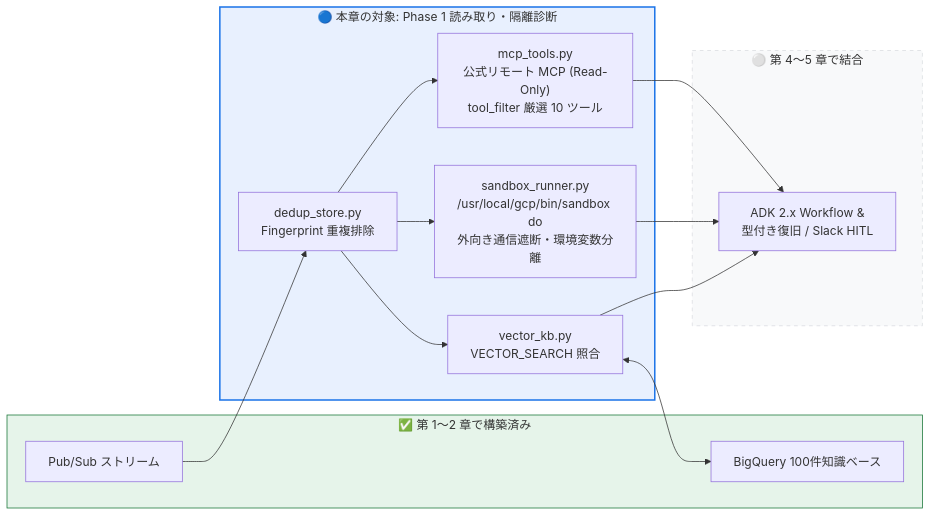
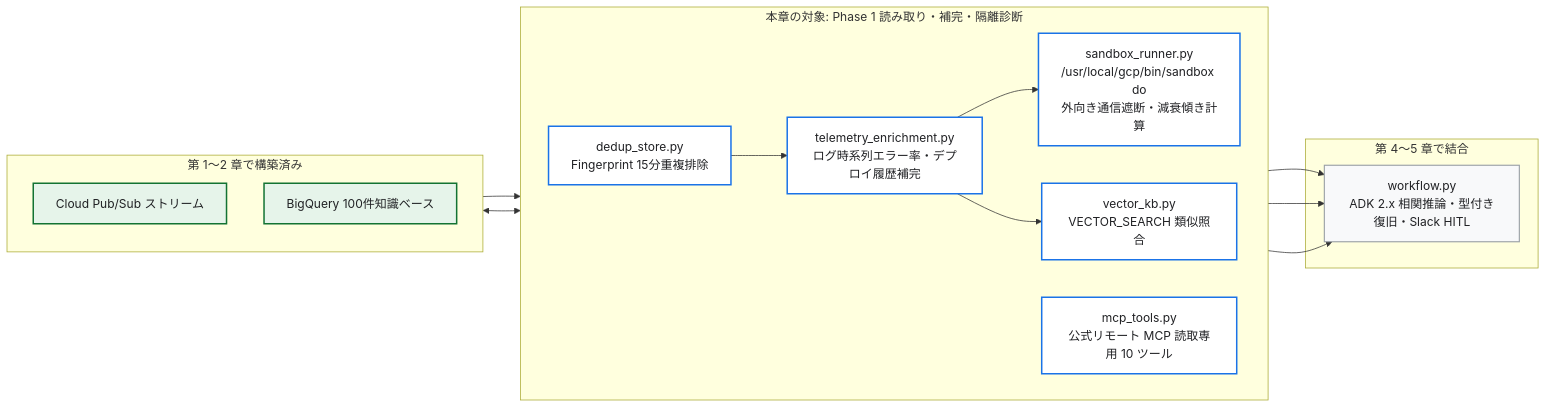
Before and after one commit to tyorikan/agentic-sre-handson: the first of 2 diagrams in docs/03-diagnostic-agent-and-sandbox.md, drawn with Mermaid. The commit also changed other lines of this file and 26 other files, not shown here.

Commit message:
docs: プロダクトアイコン付き構成図・シーケンス図 PNG (全19図) の追加と折りたたみ Mermaid 定義の精緻化

````diff
--- a/docs/03-diagnostic-agent-and-sandbox.md
+++ b/docs/03-diagnostic-agent-and-sandbox.md
@@ -12,25 +17,33 @@
 ```mermaid
 flowchart LR
-    subgraph Prev["✅ 第 1〜2 章で構築済み"]
-        PS["Pub/Sub ストリーム"]
+    subgraph Prev["第 1〜2 章で構築済み"]
+        direction TB
+        PS["Cloud Pub/Sub ストリーム"]
         BQ["BigQuery 100件知識ベース"]
     end
 
-    subgraph Now["🔵 本章の対象: Phase 1 読み取り・隔離診断"]
-        Dedup["dedup_store.py<br/>Fingerprint 重複排除"]
-        MCP["mcp_tools.py<br/>公式リモート MCP (Read-Only)<br/>tool_filter 厳選 10 ツール"]
-        Sandbox["sandbox_runner.py<br/>/usr/local/gcp/bin/sandbox do<br/>外向き通信遮断・環境変数分離"]
-        Vec["vector_kb.py<br/>VECTOR_SEARCH 照合"]
+    subgraph Now["本章の対象: Phase 1 読み取り・補完・隔離診断"]
+        direction LR
+        Dedup["dedup_store.py<br/>Fingerprint 15分重複排除"]
+        Enrich["telemetry_enrichment.py<br/>ログ時系列エラー率・デプロイ履歴補完"]
+        Sandbox["sandbox_runner.py<br/>/usr/local/gcp/bin/sandbox do<br/>外向き通信遮断・減衰傾き計算"]
+        Vec["vector_kb.py<br/>VECTOR_SEARCH 類似照合"]
+        MCP["mcp_tools.py<br/>公式リモート MCP 読取専用 10 ツール"]
+        Dedup --> Enrich --> Sandbox & Vec
     end
 
-    subgraph Next["⚪ 第 4〜5 章で結合"]
-        WF["ADK 2.x Workflow &<br/>型付き復旧 / Slack HITL"]
+    subgraph Next["第 4〜5 章で結合"]
+        WF["workflow.py<br/>ADK 2.x 相関推論・型付き復旧・Slack HITL"]
     end
 
-    PS --> Dedup --> MCP & Sandbox & Vec --> WF
-    Vec <--> BQ
+    PS --> Dedup
+    BQ <--> Vec
+    Sandbox & Vec & MCP --> WF
 
-    style Prev fill:#e6f4ea,stroke:#137333
-    style Now fill:#e8f0fe,stroke:#1a73e8,stroke-width:2px
-    style Next fill:#f8f9fa,stroke:#dadce0,stroke-dasharray: 5 5
+    classDef done fill:#e6f4ea,stroke:#137333,stroke-width:2px,color:#202124;
+    classDef cur fill:#ffffff,stroke:#1a73e8,stroke-width:2px,color:#202124;
+    classDef fut fill:#f8f9fa,stroke:#9aa0a6,stroke-width:1.5px,color:#202124;
+    class PS,BQ done;
+    class Dedup,Enrich,Sandbox,Vec,MCP cur;
+    class WF fut;
 ```
````
